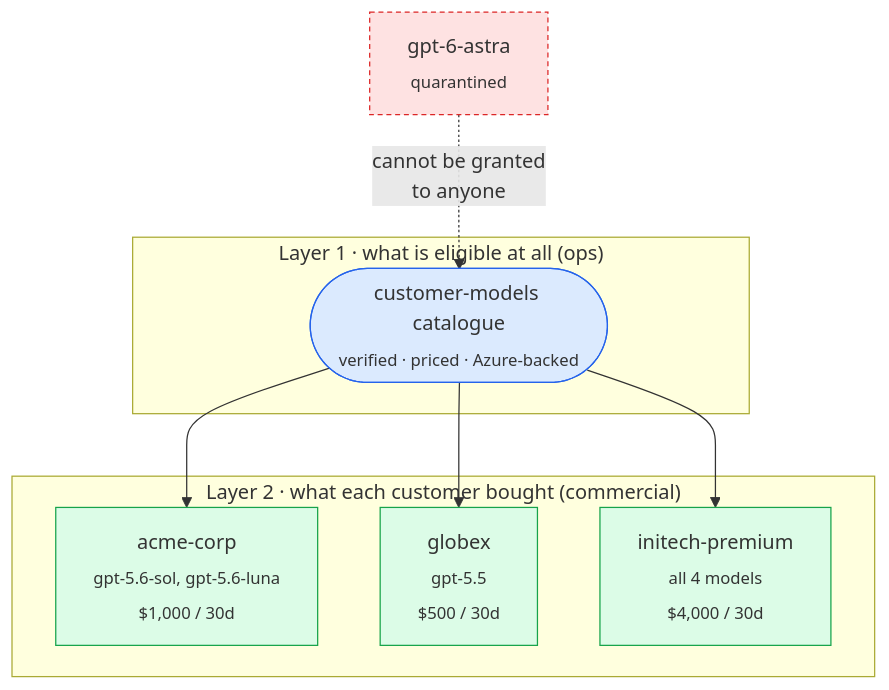
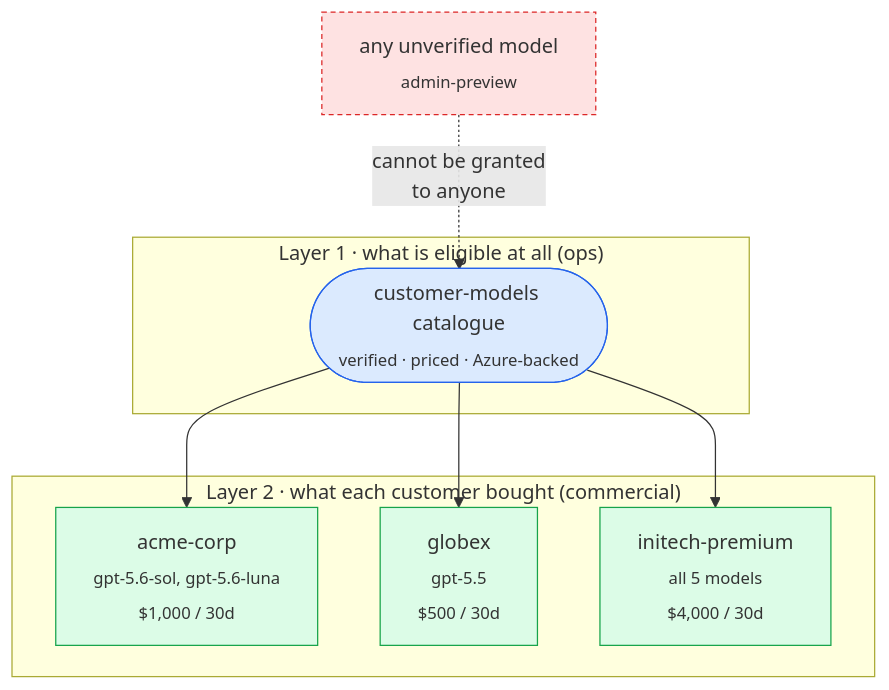
The sixth of 11 diagrams in README.md (mahipalparegi/LiteLLMProxy), drawn with Mermaid before and after one commit. The commit also changed other lines of this file and 12 other files, not shown here.

````diff
--- a/README.md
+++ b/README.md
@@ -466,19 +430,19 @@
 ```mermaid
 flowchart TB
     subgraph L1["Layer 1 · what is eligible at all (ops)"]
         CAT(["customer-models catalogue<br/><sub>verified · priced · Azure-backed</sub>"])
     end
     subgraph L2["Layer 2 · what each customer bought (commercial)"]
         A["acme-corp<br/><sub>gpt-5.6-sol, gpt-5.6-luna<br/>$1,000 / 30d</sub>"]
         B["globex<br/><sub>gpt-5.5<br/>$500 / 30d</sub>"]
-        C["initech-premium<br/><sub>all 4 models<br/>$4,000 / 30d</sub>"]
+        C["initech-premium<br/><sub>all 5 models<br/>$4,000 / 30d</sub>"]
     end
-    Q["gpt-6-astra<br/><sub>quarantined</sub>"]
+    Q["any unverified model<br/><sub>admin-preview</sub>"]
     CAT --> A & B & C
     Q -.->|"cannot be granted<br/>to anyone"| CAT
     style CAT fill:#dbeafe,stroke:#2563eb
     style Q fill:#fee2e2,stroke:#dc2626,stroke-dasharray: 4 3
     style A fill:#dcfce7,stroke:#16a34a
     style B fill:#dcfce7,stroke:#16a34a
     style C fill:#dcfce7,stroke:#16a34a
 ```
````
